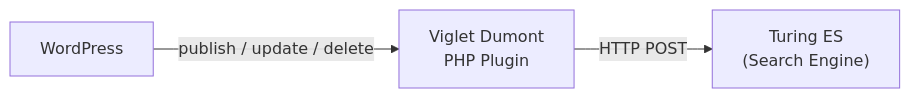
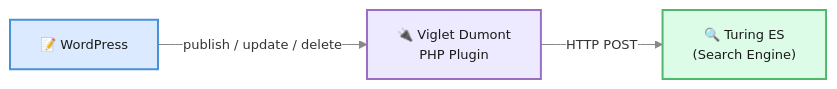
Before and after one commit to openviglet/docs: the diagram in docs-dumont/connectors/wordpress.md, drawn with Mermaid. The commit also changed 49 other files, not shown here.

First line of the commit message:
Standardize Mermaid diagrams and conventions

````diff
--- a/docs-dumont/connectors/wordpress.md
+++ b/docs-dumont/connectors/wordpress.md
@@ -23,9 +23,18 @@
 ```mermaid
+%%{init: {'theme': 'base', 'themeVariables': {'fontSize': '13px', 'primaryColor': '#fff', 'primaryBorderColor': '#c0c0c0', 'lineColor': '#888', 'textColor': '#333'}}}%%
 graph LR
-    WP["WordPress"]
-    PLG["Viglet Dumont\nPHP Plugin"]
-    TUR["Turing ES\n(Search Engine)"]
+    WP["📝 WordPress"]
+    PLG["🔌 Viglet Dumont\nPHP Plugin"]
+    TUR["🔍 Turing ES\n(Search Engine)"]
 
     WP -->|"publish / update / delete"| PLG
     PLG -->|"HTTP POST"| TUR
+
+    classDef blue fill:#dbeafe,stroke:#4A90D9,stroke-width:2px,color:#1a1a1a
+    classDef purple fill:#ede9fe,stroke:#9B6EC5,stroke-width:2px,color:#1a1a1a
+    classDef green fill:#dcfce7,stroke:#50B86C,stroke-width:2px,color:#1a1a1a
+
+    class WP blue
+    class PLG purple
+    class TUR green
 ```
````
